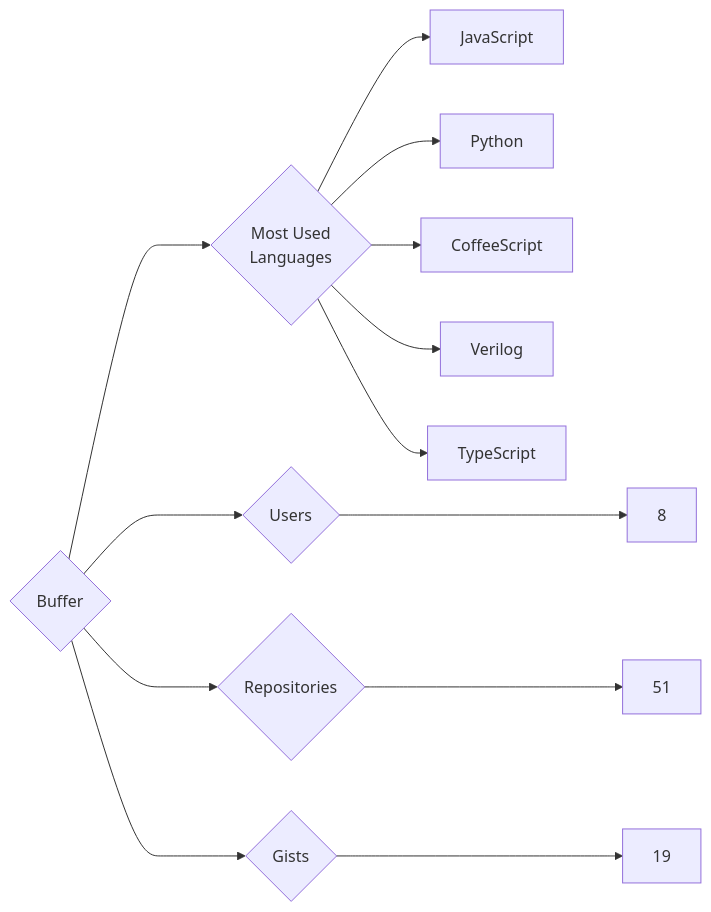
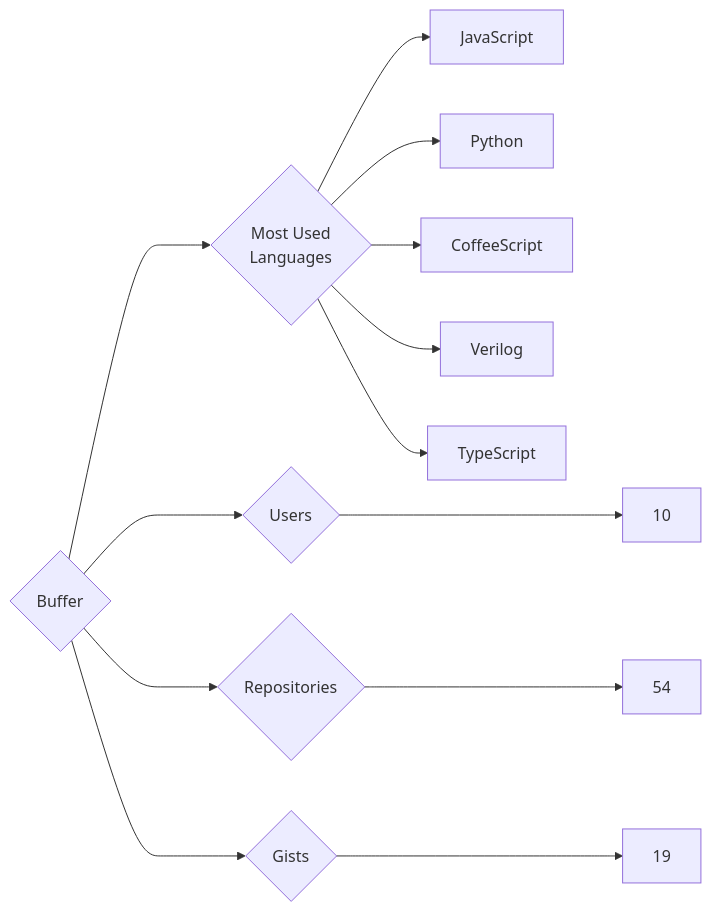
The diagram in targets/Buffer/README.md (trickest/insiders), drawn with Mermaid before and after one commit. The commit also changed 1055 other files, not shown here.

````diff
--- a/targets/Buffer/README.md
+++ b/targets/Buffer/README.md
@@ -3,13 +3,13 @@
 ```mermaid
 graph LR
 COMPANY_NAME{Buffer}
-COMPANY_NAME ---> U{Users} ---> UN[8]
-COMPANY_NAME ---> R{Repositories} ---> RN[51]
+COMPANY_NAME ---> U{Users} ---> UN[10]
+COMPANY_NAME ---> R{Repositories} ---> RN[54]
 COMPANY_NAME ---> G{Gists} ---> GN[19]
 COMPANY_NAME ---> ML{Most Used<br>Languages}
 ML --> JavaScript[JavaScript]
 ML --> Python[Python]
 ML --> CoffeeScript[CoffeeScript]
 ML --> Verilog[Verilog]
 ML --> TypeScript[TypeScript]
 ```
````
